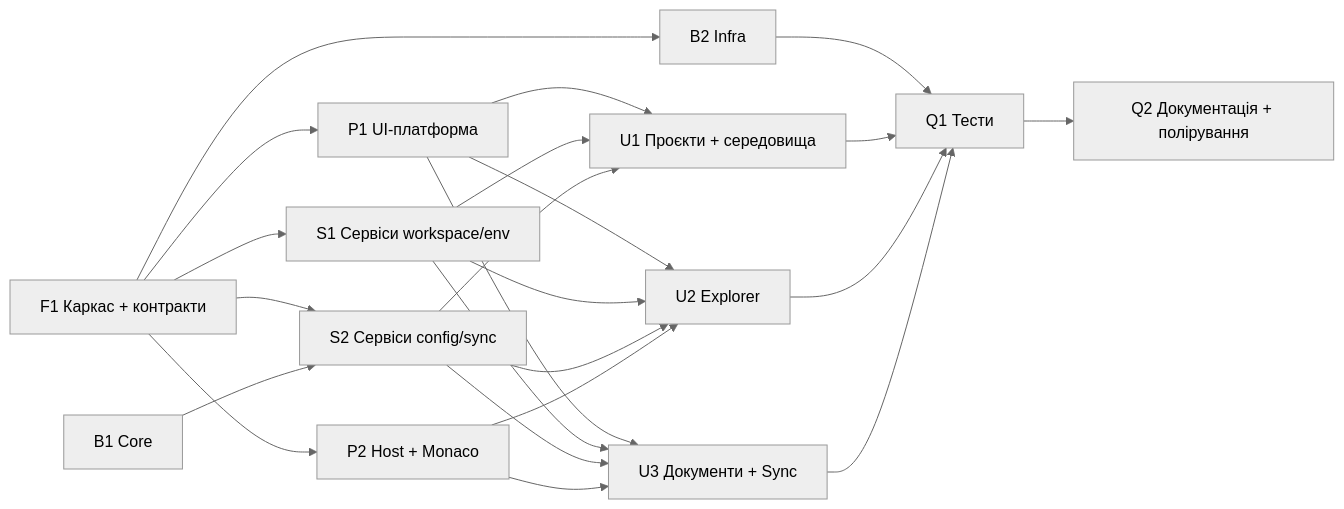
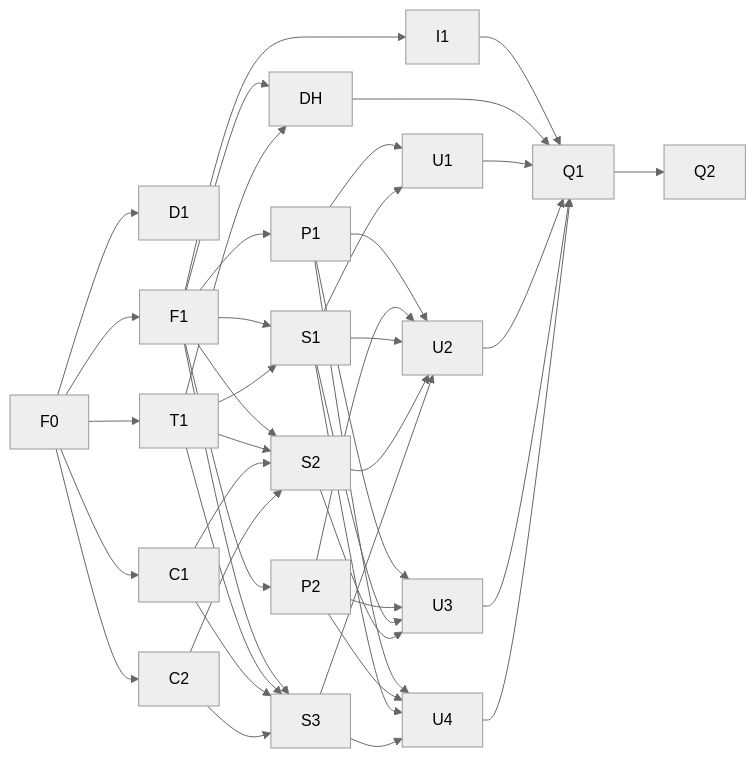
The second of 2 diagrams in docs/ui-mvp-plan.md (lordoleksiy/AzCfg), drawn with Mermaid (neutral theme) before and after one commit. The commit also changed other lines of this file and 1 other file, not shown here.

First line of the commit message:
Rewrite UI MVP plan: Browse/Compare/Sync modes, Fluent UI v5, Core-owned rules

````diff
--- a/docs/ui-mvp-plan.md
+++ b/docs/ui-mvp-plan.md
@@ -1105,10 +1713,14 @@
 ```mermaid
 graph LR
-  F1[F1 Каркас + контракти] --> B2[B2 Infra] & P1[P1 UI-платформа] & P2[P2 Host + Monaco] & S1[S1 Сервіси workspace/env] & S2[S2 Сервіси config/sync]
-  B1[B1 Core] --> S2
-  P1 --> U1[U1 Проєкти + середовища] & U2[U2 Explorer] & U3[U3 Документи + Sync]
-  S1 --> U1 & U2 & U3
-  S2 --> U1 & U2 & U3
-  P2 --> U2 & U3
-  B2 & U1 & U2 & U3 --> Q1[Q1 Тести] --> Q2[Q2 Документація + полірування]
+  F0 --> D1 & C1 & C2 & T1 & F1
+  F1 --> I1 & P1 & P2 & S1 & S2 & S3 & DH
+  T1 --> S1 & S2 & S3 & DH
+  C1 --> S2 & S3
+  C2 --> S2 & S3
+  P1 --> U1 & U2 & U3 & U4
+  P2 --> U2 & U3 & U4
+  S1 --> U1 & U2 & U3 & U4
+  S2 --> U2 & U3
+  S3 --> U2 & U4
+  I1 & DH & U1 & U2 & U3 & U4 --> Q1 --> Q2
 ```
````
